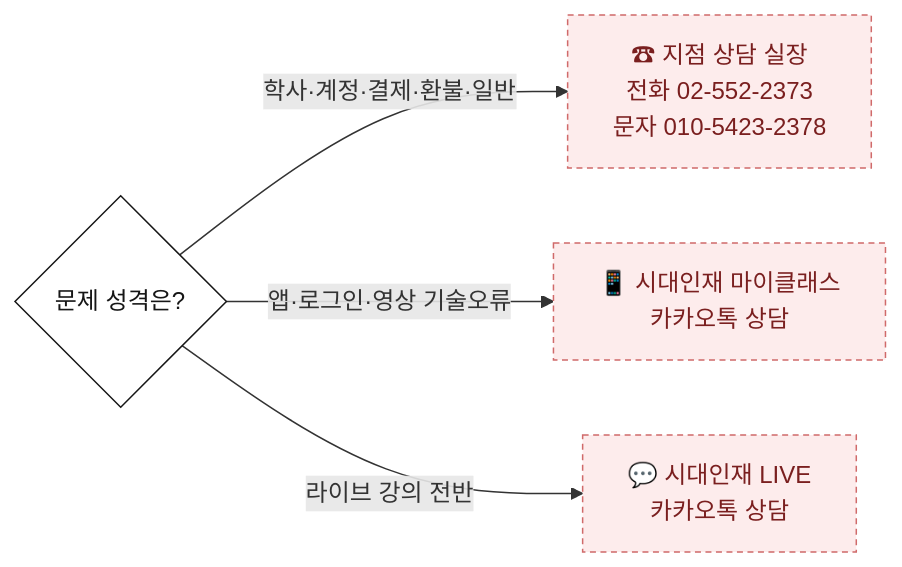
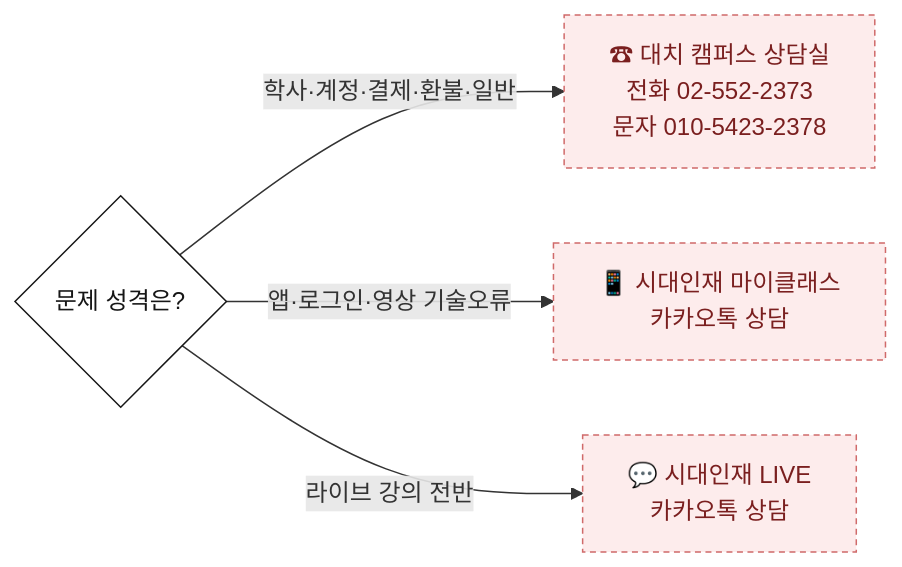
The third of 12 diagrams in analysis/myclass-chatbot/SCENARIO_PLAN.md (layr8x/Wiki), drawn with Mermaid before and after one commit. The commit also changed other lines of this file and 8 other files, not shown here.

````diff
--- a/analysis/myclass-chatbot/SCENARIO_PLAN.md
+++ b/analysis/myclass-chatbot/SCENARIO_PLAN.md
@@ -96,9 +97,9 @@
 ```mermaid
 flowchart LR
   Q{"문제 성격은?"}:::step
-  Q -->|"학사·계정·결제·환불·일반"| C1["☎ 지점 상담 실장<br/>전화 02-552-2373<br/>문자 010-5423-2378"]:::hand
+  Q -->|"학사·계정·결제·환불·일반"| C1["☎ 대치 캠퍼스 상담실<br/>전화 02-552-2373<br/>문자 010-5423-2378"]:::hand
   Q -->|"앱·로그인·영상 기술오류"| C2["📱 시대인재 마이클래스<br/>카카오톡 상담"]:::hand
   Q -->|"라이브 강의 전반"| C3["💬 시대인재 LIVE<br/>카카오톡 상담"]:::hand
   classDef step fill:#ffffff,color:#161616,stroke:#161616;
   classDef hand fill:#fdecec,color:#7a1f1f,stroke:#d06a6a,stroke-dasharray:4 3;
 ```
````
